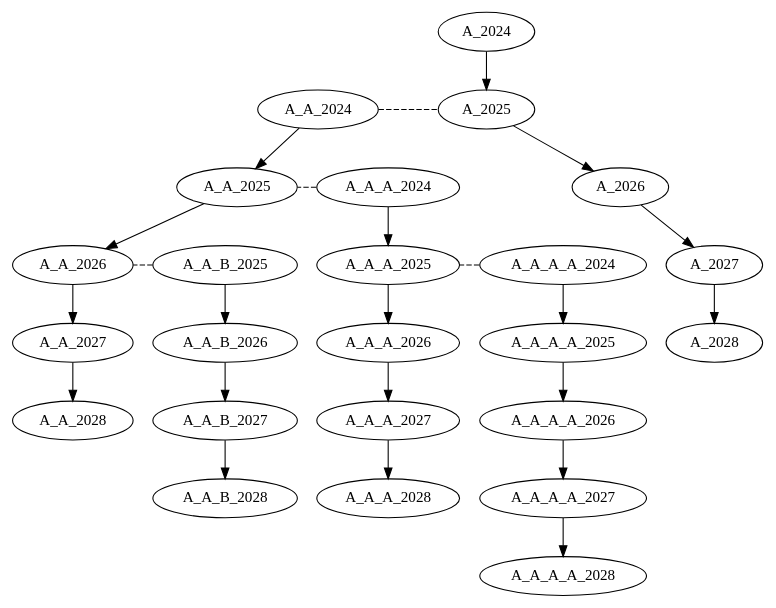
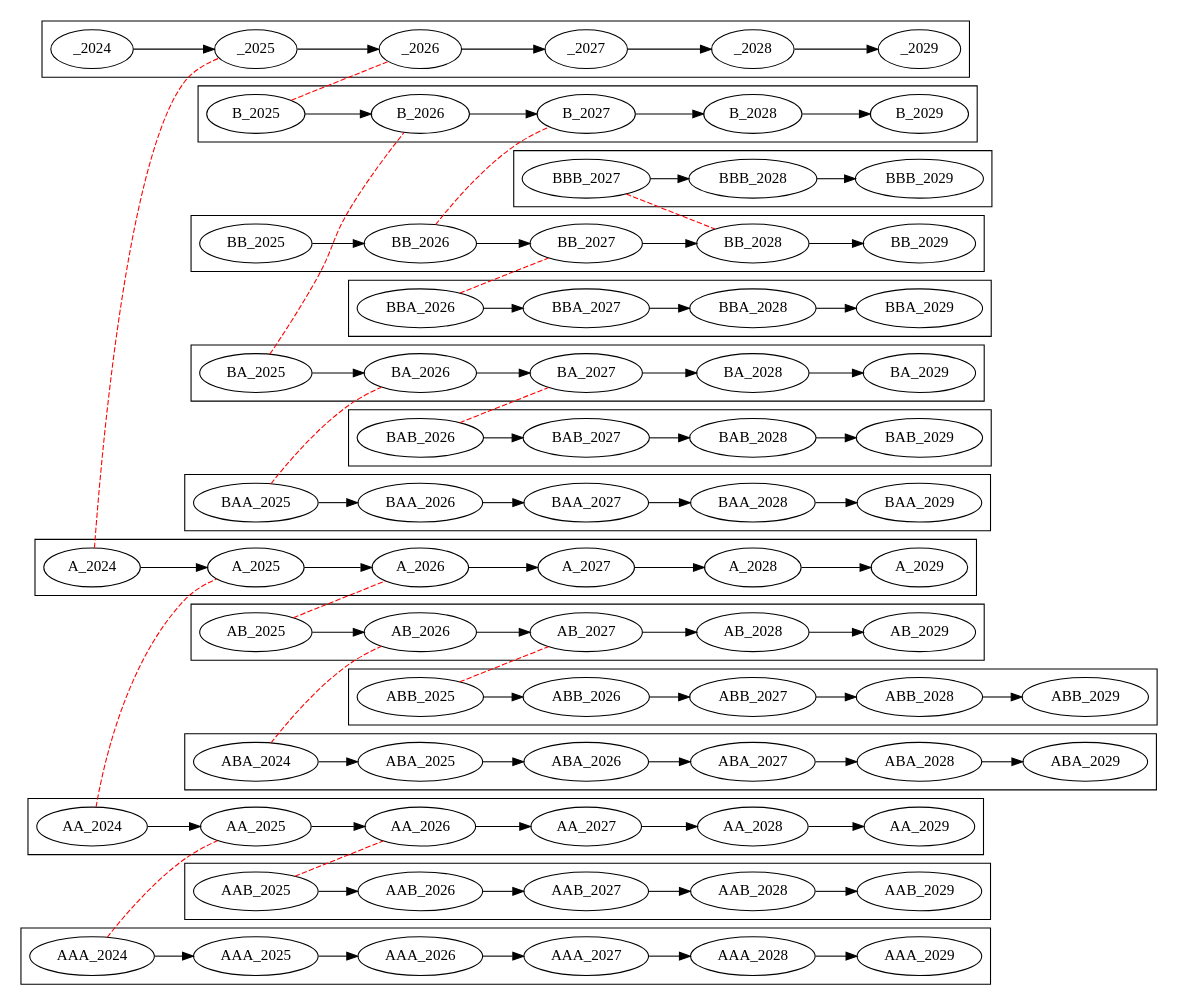
One commit to tulcha/time-evidence changed the diagram in timelines.dot. Above: the diagram before and after it, drawn with Graphviz.

Commit message:
First version

```diff
--- a/timelines.dot
+++ b/timelines.dot
@@ -1,30 +1,84 @@
 digraph G {
 
-  subgraph xcluster_A {
-      A_2024 -> A_2025 -> A_2026 -> A_2027 -> A_2028
+  subgraph cluster_ {
+      _2024 -> _2025 -> _2026 -> _2027 -> _2028 -> _2029 _2028
       
   }
 
-  subgraph xcluster_A_A {
-      A_A_2024 -> A_A_2025 -> A_A_2026 -> A_A_2027 -> A_A_2028
+  subgraph cluster_A {
+      A_2024 -> A_2025 -> A_2026 -> A_2027 -> A_2028 -> A_2029
   }
   
-  subgraph xcluster_A_A_A {
-      A_A_A_2024 -> A_A_A_2025 -> A_A_A_2026 -> A_A_A_2027 -> A_A_A_2028
+  subgraph cluster_B {
+      B_2025 -> B_2026 -> B_2027 -> B_2028 -> B_2029
   }
 
-  subgraph xcluster_A_A_B {
-      A_A_B_2025 -> A_A_B_2026 -> A_A_B_2027 -> A_A_B_2028
+
+  subgraph cluster_AA {
+      AA_2024 -> AA_2025 -> AA_2026 -> AA_2027 -> AA_2028 -> AA_2029
   }
 
-  subgraph xcluster_A_A_A_A {
-      A_A_A_A_2024 -> A_A_A_A_2025 -> A_A_A_A_2026 -> A_A_A_A_2027 -> A_A_A_A_2028
+  subgraph cluster_AB {
+      AB_2025 -> AB_2026 -> AB_2027 -> AB_2028 -> AB_2029
   }
 
-  {edge[dir=none, style=dashed]
-      {rank=same;A_A_2024 -> A_2025}
-      {rank=same;A_A_A_2024 -> A_A_2025}
-      {rank=same;A_A_B_2025 -> A_A_2026}
-      {rank=same;A_A_A_A_2024 -> A_A_A_2025}
+  subgraph cluster_BA {
+      BA_2025 -> BA_2026 -> BA_2027 -> BA_2028 -> BA_2029
   }
+
+  subgraph cluster_BB {
+      BB_2025 -> BB_2026 -> BB_2027 -> BB_2028 -> BB_2029
+  }
+
+
+  subgraph cluster_AAA {
+      AAA_2024 -> AAA_2025 -> AAA_2026 -> AAA_2027 -> AAA_2028 -> AAA_2029
+  }
+
+  subgraph cluster_AAB {
+      AAB_2025 -> AAB_2026 -> AAB_2027 -> AAB_2028 -> AAB_2029
+  }
+
+  subgraph cluster_ABA {
+      ABA_2024 -> ABA_2025 -> ABA_2026 -> ABA_2027 -> ABA_2028 -> ABA_2029
+  }
+
+  subgraph cluster_ABB {
+      ABB_2025 -> ABB_2026 -> ABB_2027 -> ABB_2028 -> ABB_2029
+  }
+
+  subgraph cluster_BAA {
+      BAA_2025 -> BAA_2026 -> BAA_2027 -> BAA_2028 -> BAA_2029
+  }
+
+  subgraph cluster_BAB {
+      BAB_2026 -> BAB_2027 -> BAB_2028 -> BAB_2029
+  }
+
+  subgraph cluster_BBA {
+      BBA_2026 -> BBA_2027 -> BBA_2028 -> BBA_2029
+  }
+
+  subgraph cluster_BBB {
+      BBB_2027 -> BBB_2028 -> BBB_2029
+  }
+
+  {edge[dir=none, style=dashed, color=red]
+                             {A_2024 -> _2025}
+                  {AA_2024 -> A_2025}
+      {AAA_2024 -> AA_2025}
+      {AAB_2025 -> AA_2026}
+                  {AB_2025 -> A_2026}
+      {ABA_2024 -> AB_2026}
+      {ABB_2025 -> AB_2027}
+                             {B_2025 -> _2026}
+                  {BA_2025 -> B_2026}
+      {BAA_2025 -> BA_2026}
+      {BAB_2026 -> BA_2027}
+                  {BB_2026 -> B_2027}
+      {BBA_2026 -> BB_2027}
+      {BBB_2027 -> BB_2028}
+  }
+
+  rankdir=LR
 }
```
